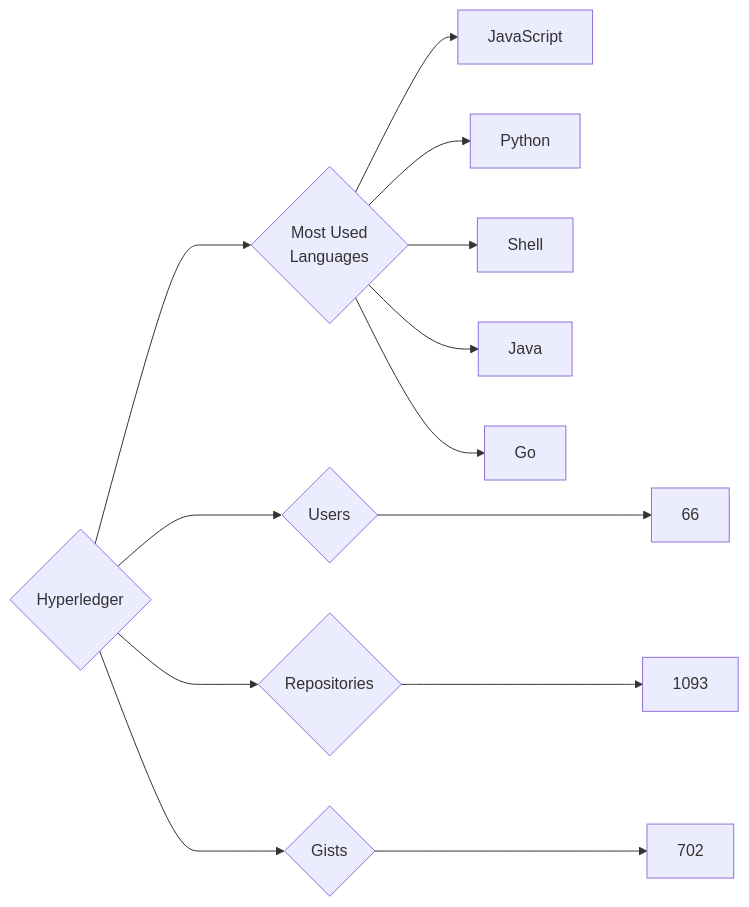
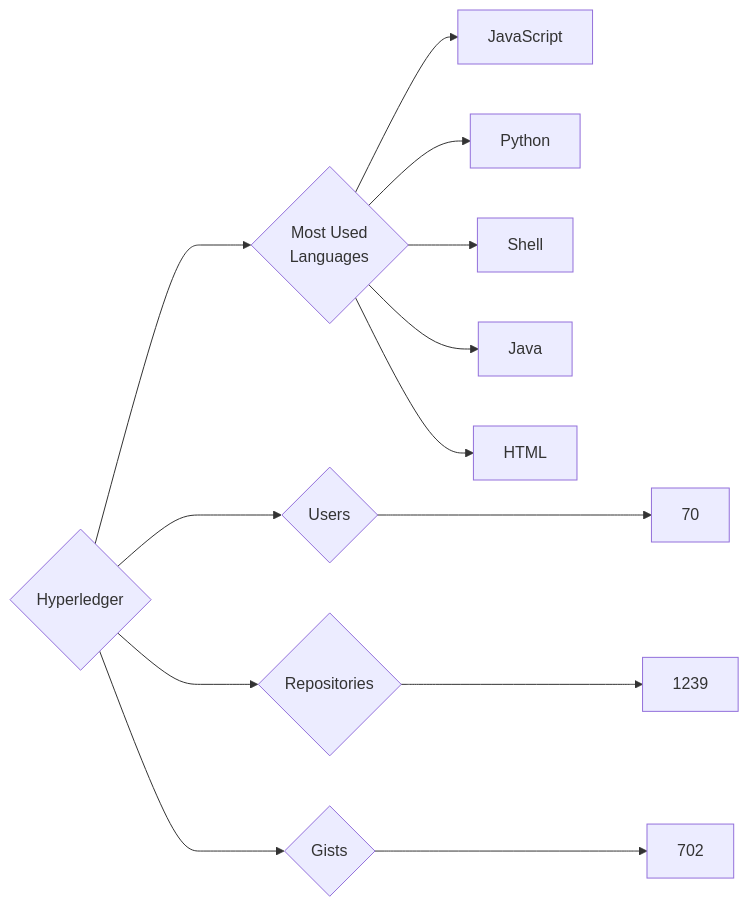
One commit to trickest/insiders changed the diagram in targets/Hyperledger/README.md. Above: the diagram before and after it, drawn with Mermaid. The commit also changed 1314 other files, not shown here.

````diff
--- a/targets/Hyperledger/README.md
+++ b/targets/Hyperledger/README.md
@@ -3,13 +3,13 @@
 ```mermaid
 graph LR
 COMPANY_NAME{Hyperledger}
-COMPANY_NAME ---> U{Users} ---> UN[66]
-COMPANY_NAME ---> R{Repositories} ---> RN[1093]
+COMPANY_NAME ---> U{Users} ---> UN[70]
+COMPANY_NAME ---> R{Repositories} ---> RN[1239]
 COMPANY_NAME ---> G{Gists} ---> GN[702]
 COMPANY_NAME ---> ML{Most Used<br>Languages}
 ML --> JavaScript[JavaScript]
 ML --> Python[Python]
 ML --> Shell[Shell]
 ML --> Java[Java]
-ML --> Go[Go]
+ML --> HTML[HTML]
 ```
````
